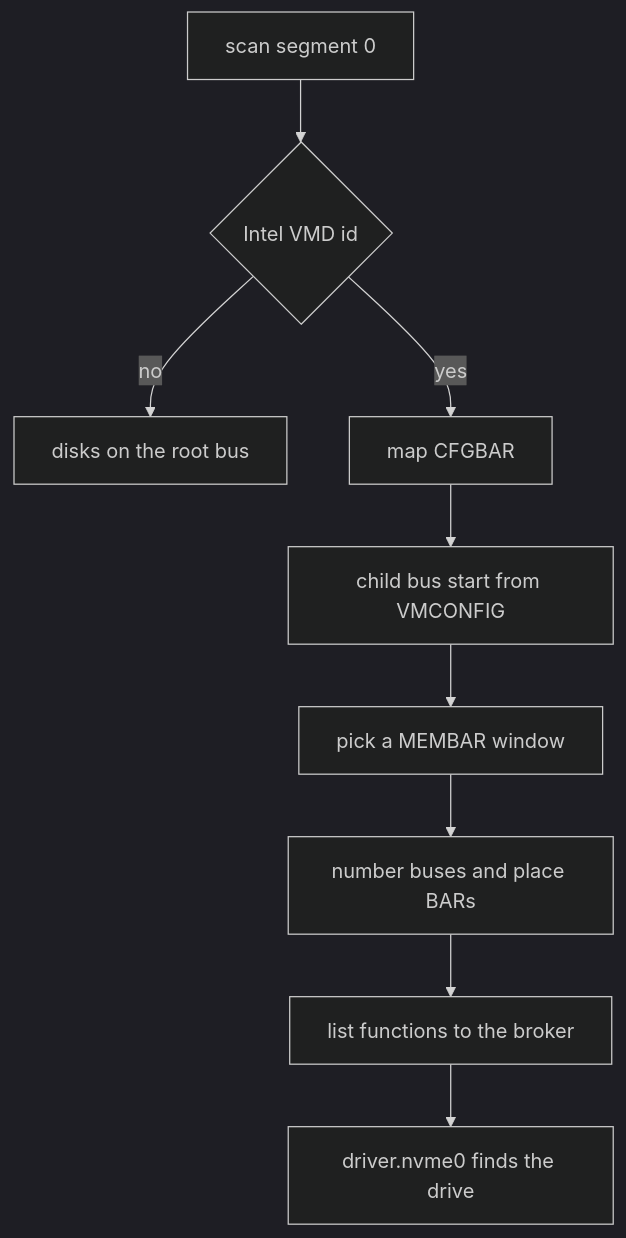
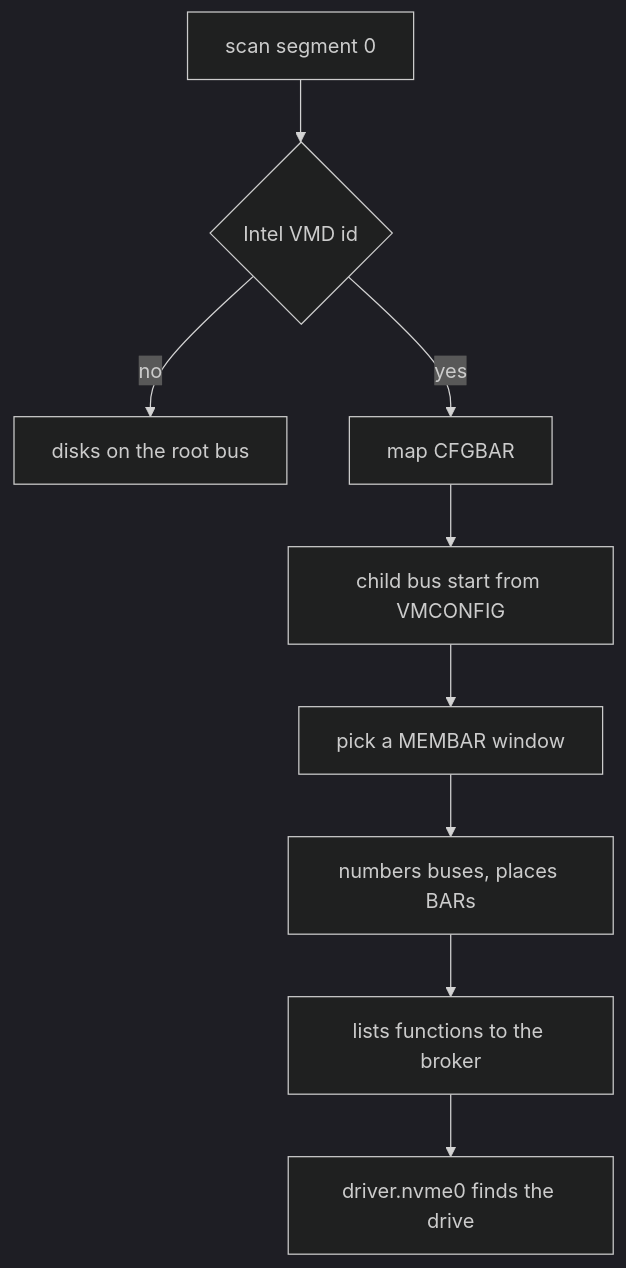
One commit to NON-OS/microkernel changed the diagram in docs/drivers/storage/vmd.md. Above: the diagram before and after it, drawn with Mermaid (dark theme). The commit also changed other lines of this file and 24 other files, not shown here.

````diff
--- a/docs/drivers/storage/vmd.md
+++ b/docs/drivers/storage/vmd.md
@@ -20,11 +20,11 @@
 ```mermaid
 flowchart TD
     Scan[scan segment 0] --> Found{Intel VMD id}
     Found -->|no| Root[disks on the root bus]
     Found -->|yes| Cfg[map CFGBAR]
     Cfg --> Bus[child bus start from VMCONFIG]
     Bus --> Win[pick a MEMBAR window]
-    Win --> Assign[number buses and place BARs]
-    Assign --> List[list functions to the broker]
+    Win --> Assign[numbers buses, places BARs]
+    Assign --> List[lists functions to the broker]
     List --> Nvme[driver.nvme0 finds the drive]
 ```
````
